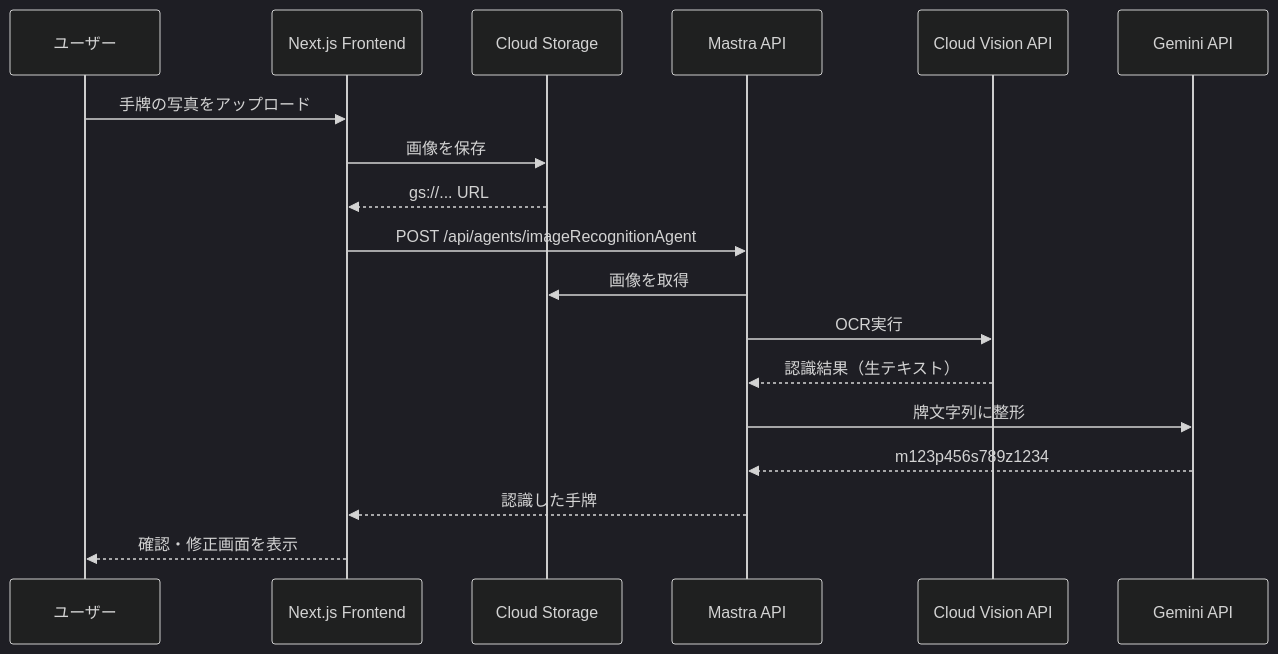
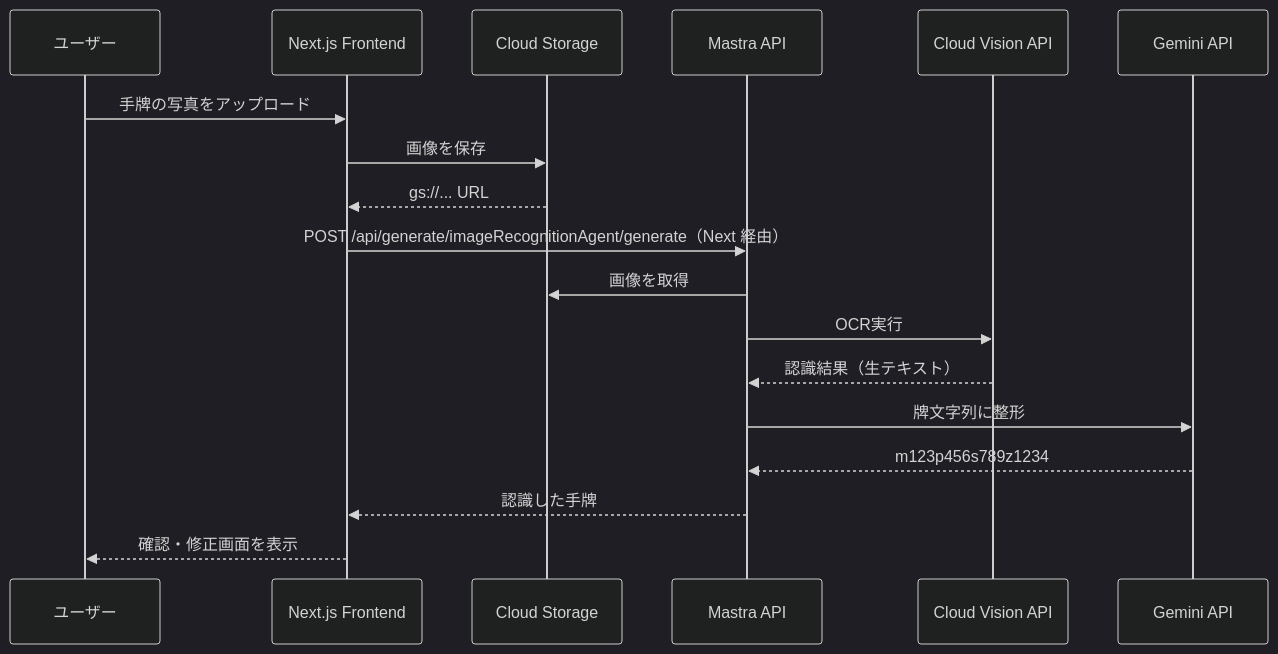
One commit to kazuki1023/majiang-ai-beta changed the second of 4 diagrams in docs/image-to-paipu-design.md. Above: the diagram before and after it, drawn with Mermaid (dark theme). The commit also changed other lines of this file and 8 other files, not shown here.

````diff
--- a/docs/image-to-paipu-design.md
+++ b/docs/image-to-paipu-design.md
@@ -72,21 +72,21 @@
 ```mermaid
 sequenceDiagram
     participant User as ユーザー
     participant UI as Next.js Frontend
     participant GCS as Cloud Storage
     participant API as Mastra API
     participant Vision as Cloud Vision API
     participant Gemini as Gemini API
 
     User->>UI: 手牌の写真をアップロード
     UI->>GCS: 画像を保存
     GCS-->>UI: gs://... URL
-    UI->>API: POST /api/agents/imageRecognitionAgent
+    UI->>API: POST /api/generate/imageRecognitionAgent/generate（Next 経由）
     API->>GCS: 画像を取得
     API->>Vision: OCR実行
     Vision-->>API: 認識結果（生テキスト）
     API->>Gemini: 牌文字列に整形
     Gemini-->>API: m123p456s789z1234
     API-->>UI: 認識した手牌
     UI-->>User: 確認・修正画面を表示
 ```
````
